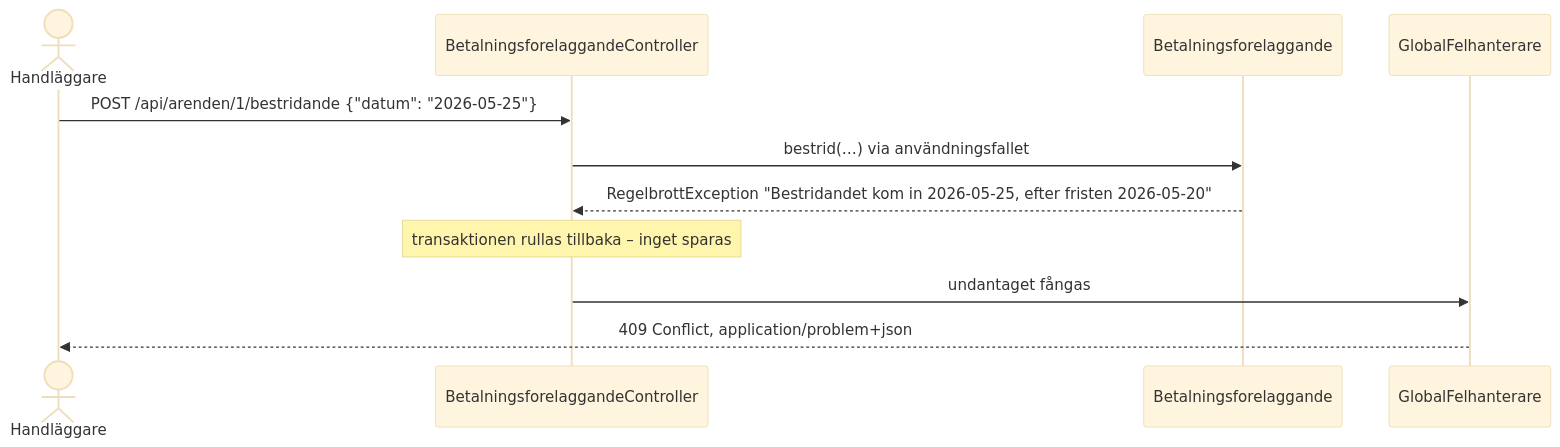
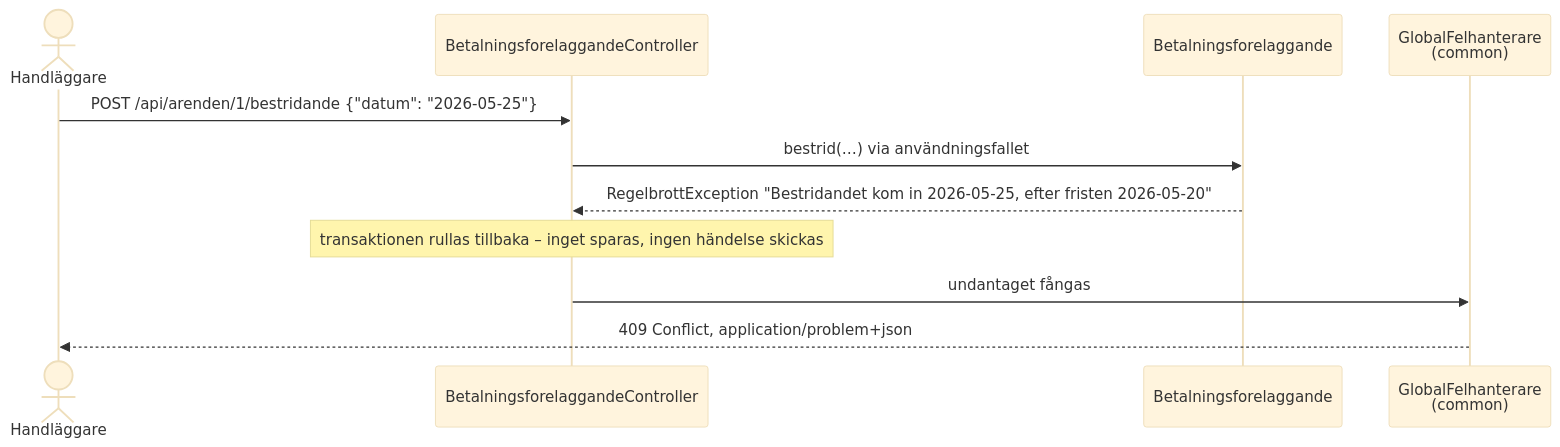
Before and after one commit to JudyTutala95/skuld-handlaggning: diagram 12 of 15 in docs/diagram.md, drawn with Mermaid (base theme). The commit also changed other lines of this file and 216 other files, not shown here.

````diff
--- a/docs/diagram.md
+++ b/docs/diagram.md
@@ -646,14 +670,14 @@
 ```mermaid
 sequenceDiagram
     actor H as Handläggare
     participant C as BetalningsforelaggandeController
     participant BF as Betalningsforelaggande
-    participant F as GlobalFelhanterare
+    participant F as GlobalFelhanterare<br/>(common)
 
     H->>C: POST /api/arenden/1/bestridande {"datum": "2026-05-25"}
     C->>BF: bestrid(…) via användningsfallet
     BF-->>C: RegelbrottException "Bestridandet kom in 2026-05-25, efter fristen 2026-05-20"
-    Note over C: transaktionen rullas tillbaka – inget sparas
+    Note over C: transaktionen rullas tillbaka – inget sparas, ingen händelse skickas
     C->>F: undantaget fångas
     F-->>H: 409 Conflict, application/problem+json
 ```
````
